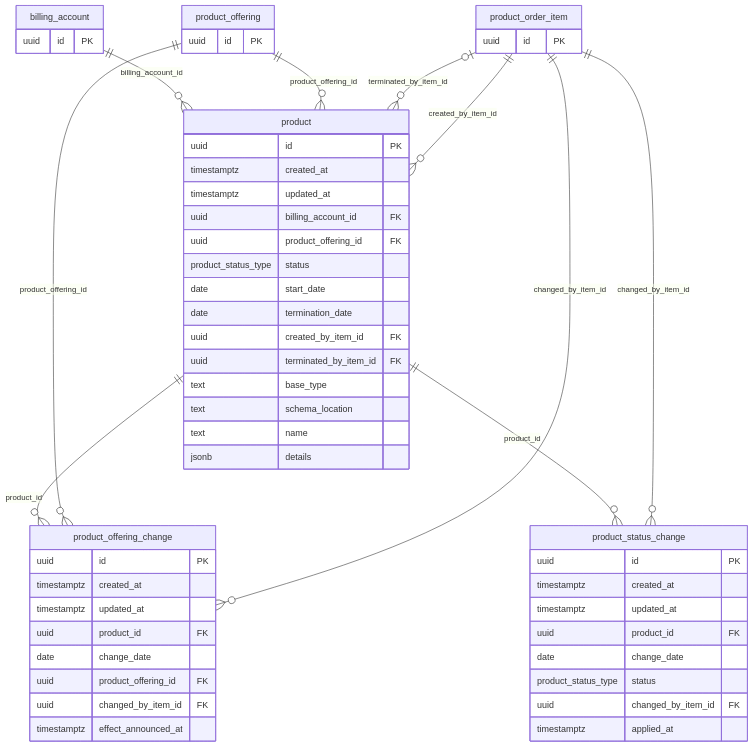
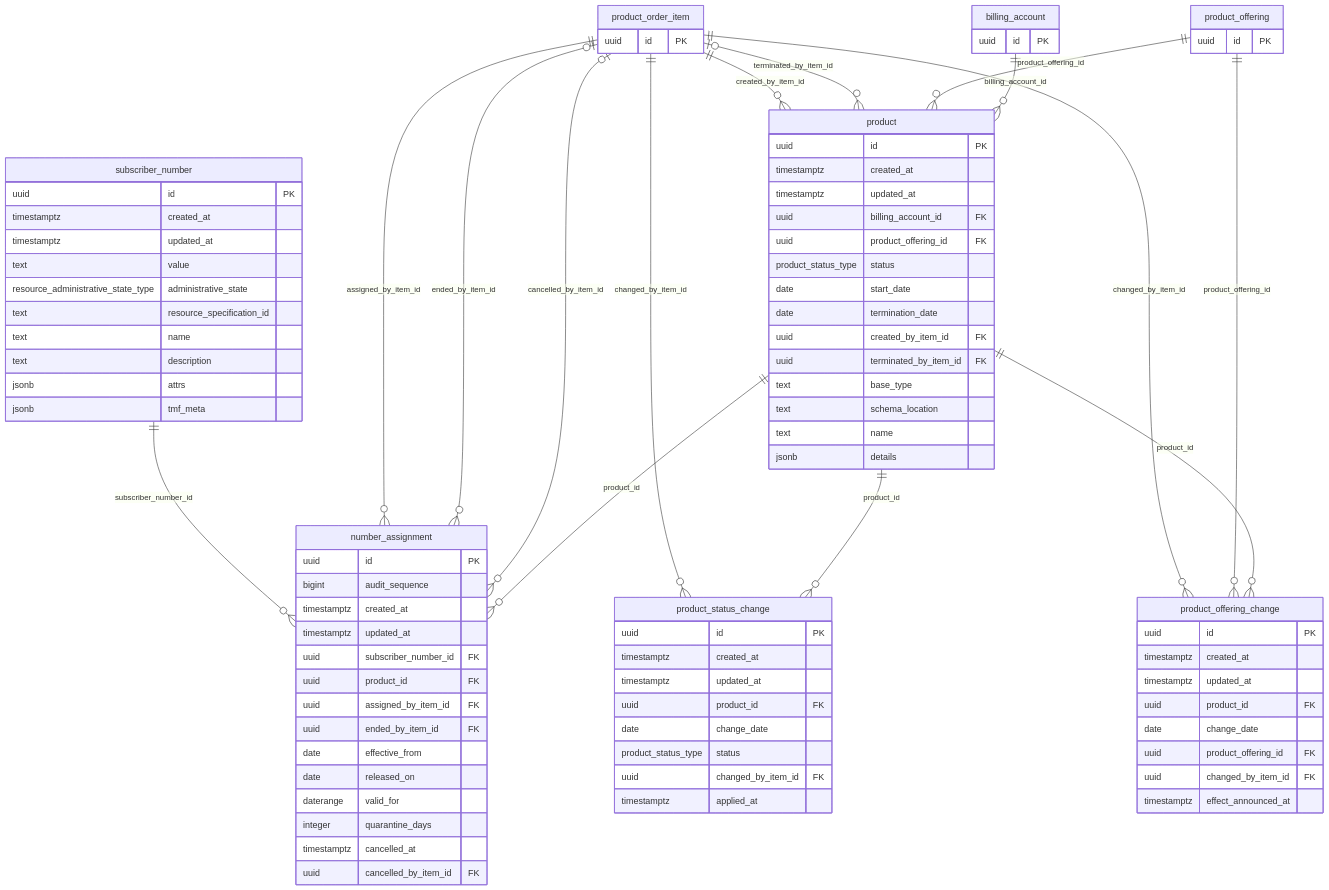
Before and after one commit to altharmz/bss: the fifth of 9 diagrams in docs/db/README.md, drawn with Mermaid. The commit also changed other lines of this file and 18 other files, not shown here.

Commit message:
Add subscriber-number persistence and extend deploy health wait

````diff
--- a/docs/db/README.md
+++ b/docs/db/README.md
@@ -510,6 +519,34 @@
     uuid changed_by_item_id FK
     timestamptz applied_at
   }
+  subscriber_number {
+    uuid id PK
+    timestamptz created_at
+    timestamptz updated_at
+    text value
+    resource_administrative_state_type administrative_state
+    text resource_specification_id
+    text name
+    text description
+    jsonb attrs
+    jsonb tmf_meta
+  }
+  number_assignment {
+    uuid id PK
+    bigint audit_sequence
+    timestamptz created_at
+    timestamptz updated_at
+    uuid subscriber_number_id FK
+    uuid product_id FK
+    uuid assigned_by_item_id FK
+    uuid ended_by_item_id FK
+    date effective_from
+    date released_on
+    daterange valid_for
+    integer quarantine_days
+    timestamptz cancelled_at
+    uuid cancelled_by_item_id FK
+  }
   billing_account {
     uuid id PK
   }
@@ -520,12 +557,17 @@
     uuid id PK
   }
   billing_account ||--o{ product : "billing_account_id"
+  product ||--o{ number_assignment : "product_id"
   product ||--o{ product_offering_change : "product_id"
   product ||--o{ product_status_change : "product_id"
   product_offering ||--o{ product : "product_offering_id"
   product_offering ||--o{ product_offering_change : "product_offering_id"
+  product_order_item |o--o{ number_assignment : "cancelled_by_item_id"
+  product_order_item |o--o{ number_assignment : "ended_by_item_id"
   product_order_item |o--o{ product : "terminated_by_item_id"
+  product_order_item ||--o{ number_assignment : "assigned_by_item_id"
   product_order_item ||--o{ product : "created_by_item_id"
   product_order_item ||--o{ product_offering_change : "changed_by_item_id"
   product_order_item ||--o{ product_status_change : "changed_by_item_id"
+  subscriber_number ||--o{ number_assignment : "subscriber_number_id"
 ```
````
